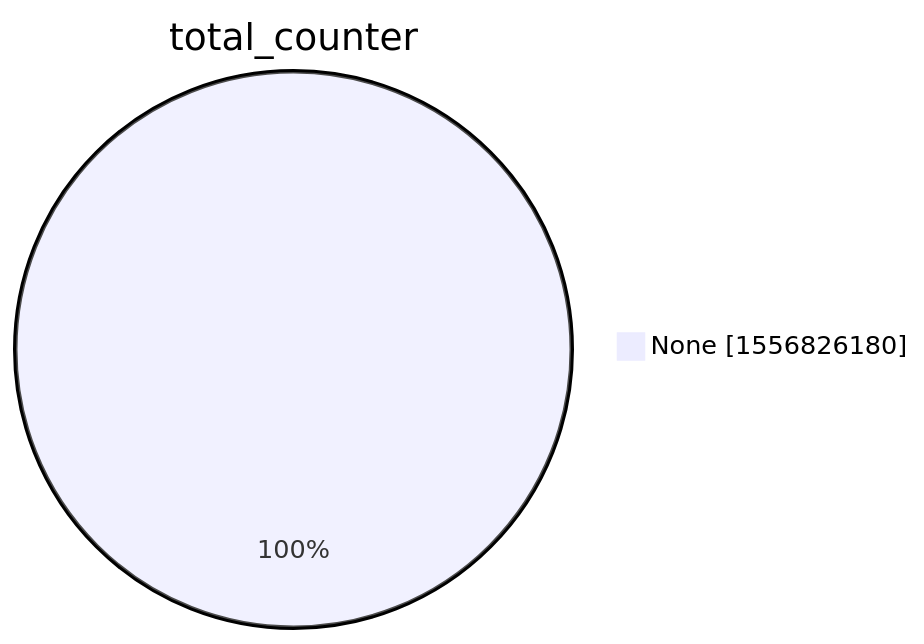
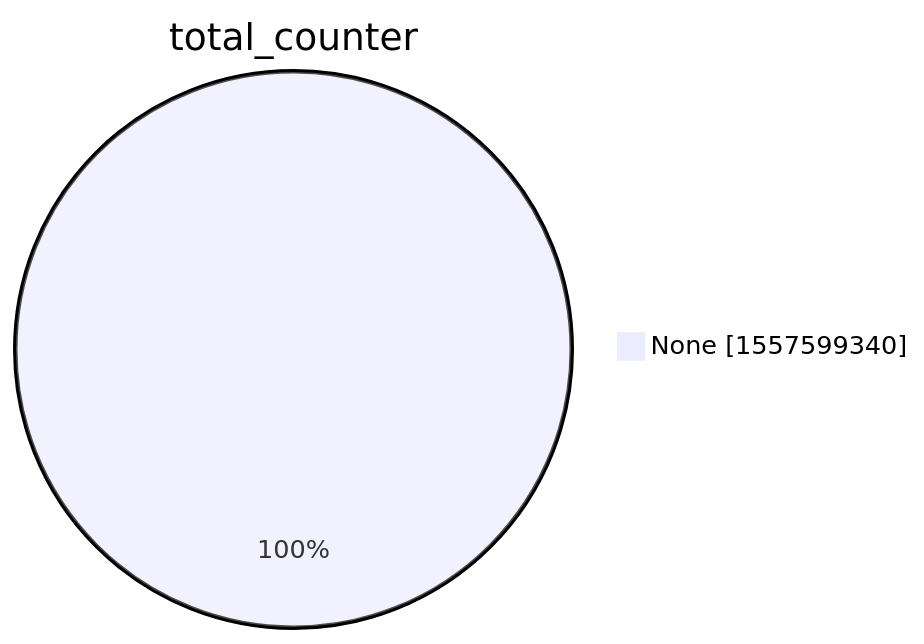
Before and after one commit to christiankrug/ctmonitor_visualization: the second of 15 diagrams in xenon2022/README.md, drawn with Mermaid. The commit also changed other lines of this file, not shown here.

````diff
--- a/xenon2022/README.md
+++ b/xenon2022/README.md
@@ -9,5 +9,5 @@
 ```mermaid
 pie showData
 title total_counter
-"None" :1556826180
+"None" :1557599340
 ```
````
